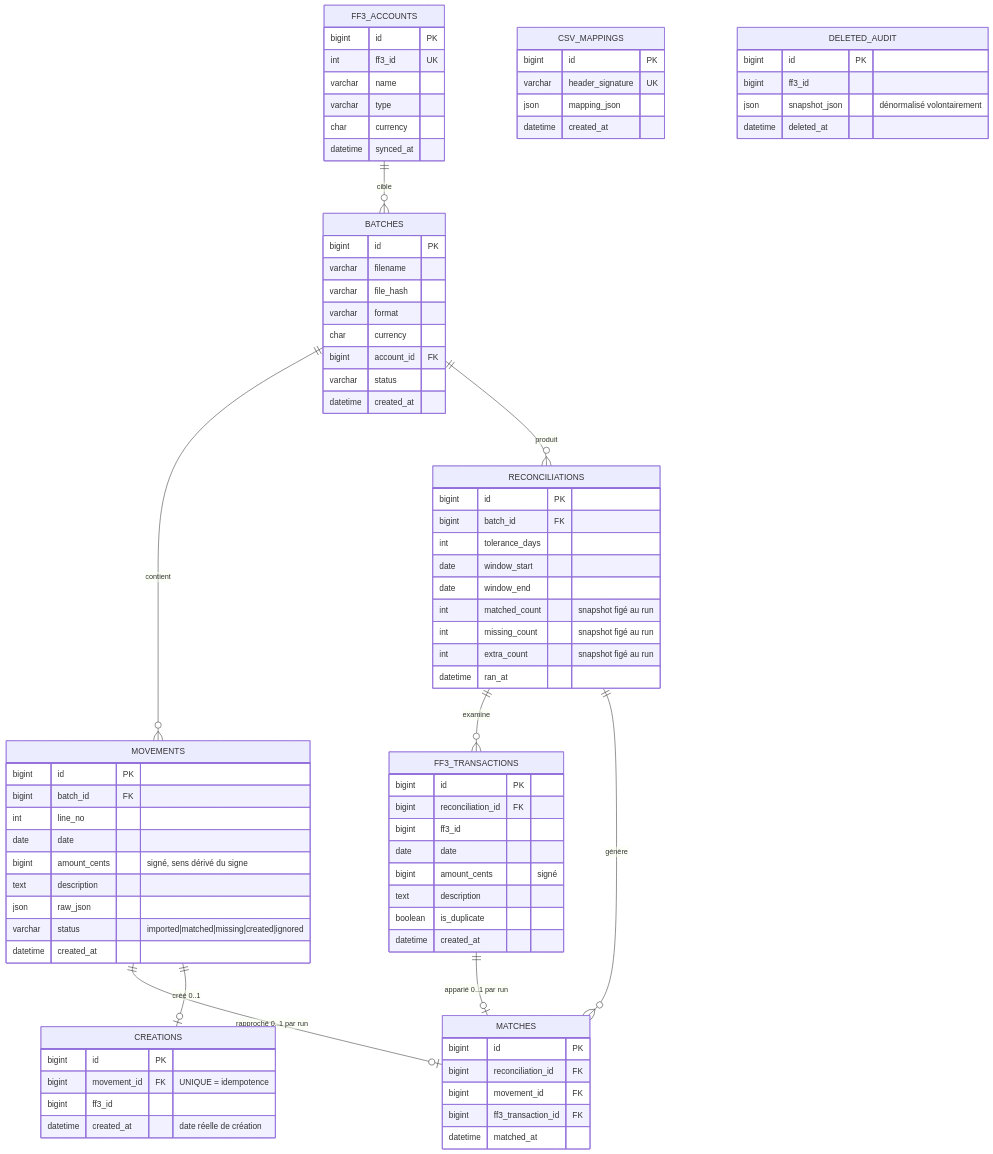
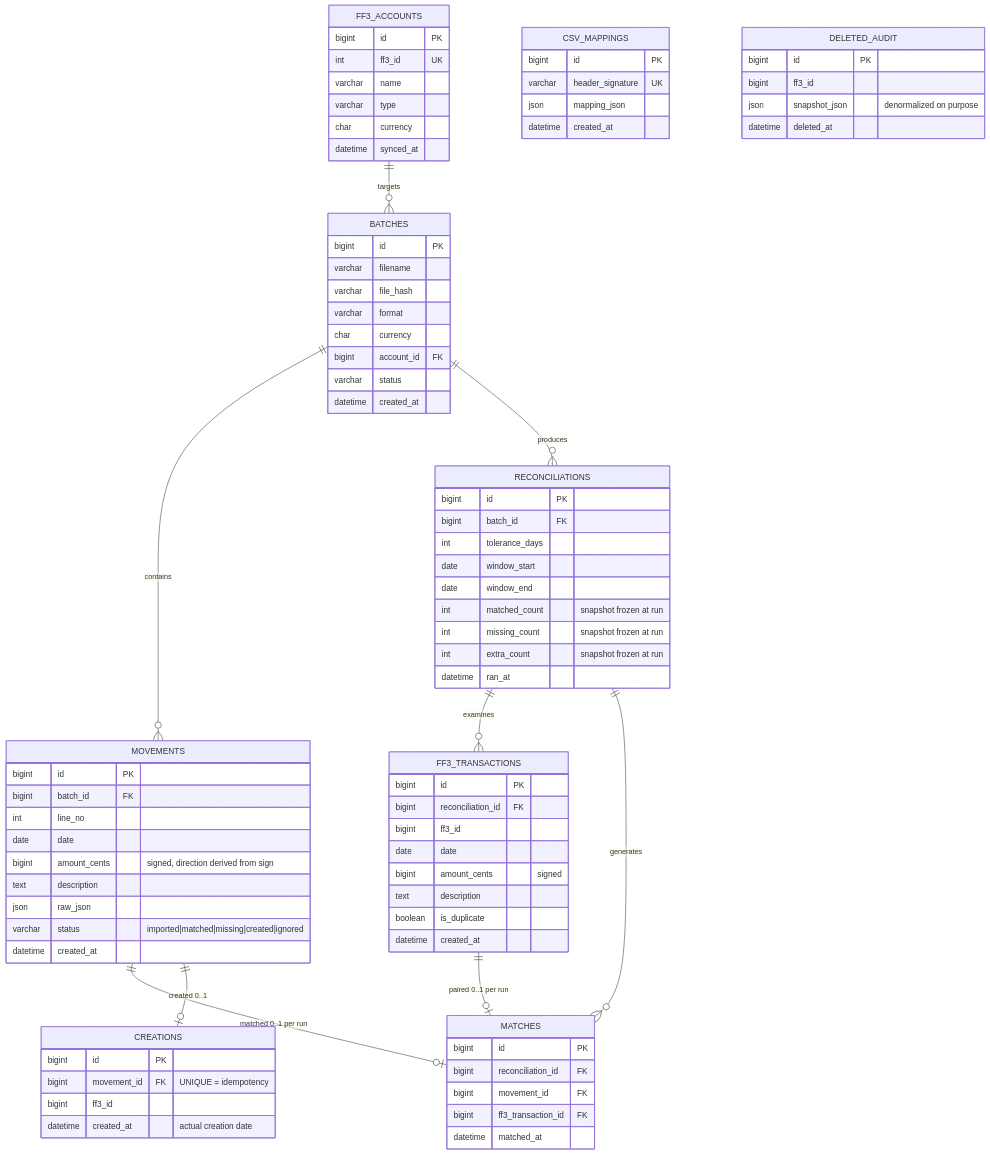
Before and after one commit to eldelahoz/firefly-manager-movement: the second of 2 diagrams in docs/prd/2026-08-14-trd-architecture-technique.md, drawn with Mermaid. The commit also changed other lines of this file and 1 other file, not shown here.

````diff
--- a/docs/prd/2026-08-14-trd-architecture-technique.md
+++ b/docs/prd/2026-08-14-trd-architecture-technique.md
@@ -33,13 +33,13 @@
 ```mermaid
 erDiagram
-    FF3_ACCOUNTS ||--o{ BATCHES : "cible"
-    BATCHES ||--o{ MOVEMENTS : "contient"
-    BATCHES ||--o{ RECONCILIATIONS : "produit"
-    RECONCILIATIONS ||--o{ FF3_TRANSACTIONS : "examine"
-    RECONCILIATIONS ||--o{ MATCHES : "génère"
-    MOVEMENTS ||--o| MATCHES : "rapproché 0..1 par run"
-    FF3_TRANSACTIONS ||--o| MATCHES : "apparié 0..1 par run"
-    MOVEMENTS ||--o| CREATIONS : "créé 0..1"
+    FF3_ACCOUNTS ||--o{ BATCHES : "targets"
+    BATCHES ||--o{ MOVEMENTS : "contains"
+    BATCHES ||--o{ RECONCILIATIONS : "produces"
+    RECONCILIATIONS ||--o{ FF3_TRANSACTIONS : "examines"
+    RECONCILIATIONS ||--o{ MATCHES : "generates"
+    MOVEMENTS ||--o| MATCHES : "matched 0..1 per run"
+    FF3_TRANSACTIONS ||--o| MATCHES : "paired 0..1 per run"
+    MOVEMENTS ||--o| CREATIONS : "created 0..1"
 
     FF3_ACCOUNTS {
         bigint id PK
@@ -64,7 +64,7 @@
         bigint batch_id FK
         int line_no
         date date
-        bigint amount_cents "signé, sens dérivé du signe"
+        bigint amount_cents "signed, direction derived from sign"
         text description
         json raw_json
         varchar status "imported|matched|missing|created|ignored"
@@ -76,9 +76,9 @@
         int tolerance_days
         date window_start
         date window_end
-        int matched_count "snapshot figé au run"
-        int missing_count "snapshot figé au run"
-        int extra_count "snapshot figé au run"
+        int matched_count "snapshot frozen at run"
+        int missing_count "snapshot frozen at run"
+        int extra_count "snapshot frozen at run"
         datetime ran_at
     }
     FF3_TRANSACTIONS {
@@ -86,7 +86,7 @@
         bigint reconciliation_id FK
         bigint ff3_id
         date date
-        bigint amount_cents "signé"
+        bigint amount_cents "signed"
         text description
         boolean is_duplicate
         datetime created_at
@@ -100,9 +100,9 @@
     }
     CREATIONS {
         bigint id PK
-        bigint movement_id FK "UNIQUE = idempotence"
+        bigint movement_id FK "UNIQUE = idempotency"
         bigint ff3_id
-        datetime created_at "date réelle de création"
+        datetime created_at "actual creation date"
     }
     CSV_MAPPINGS {
         bigint id PK
@@ -113,7 +113,7 @@
     DELETED_AUDIT {
         bigint id PK
         bigint ff3_id
-        json snapshot_json "dénormalisé volontairement"
+        json snapshot_json "denormalized on purpose"
         datetime deleted_at
     }
 ```
````
